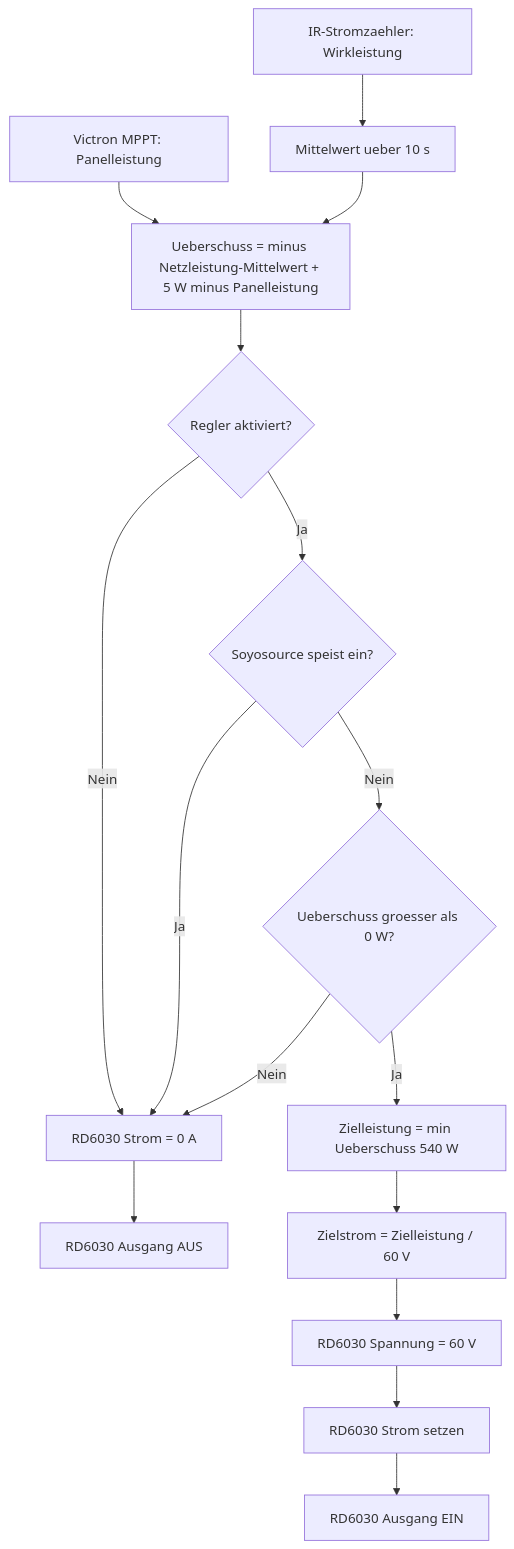
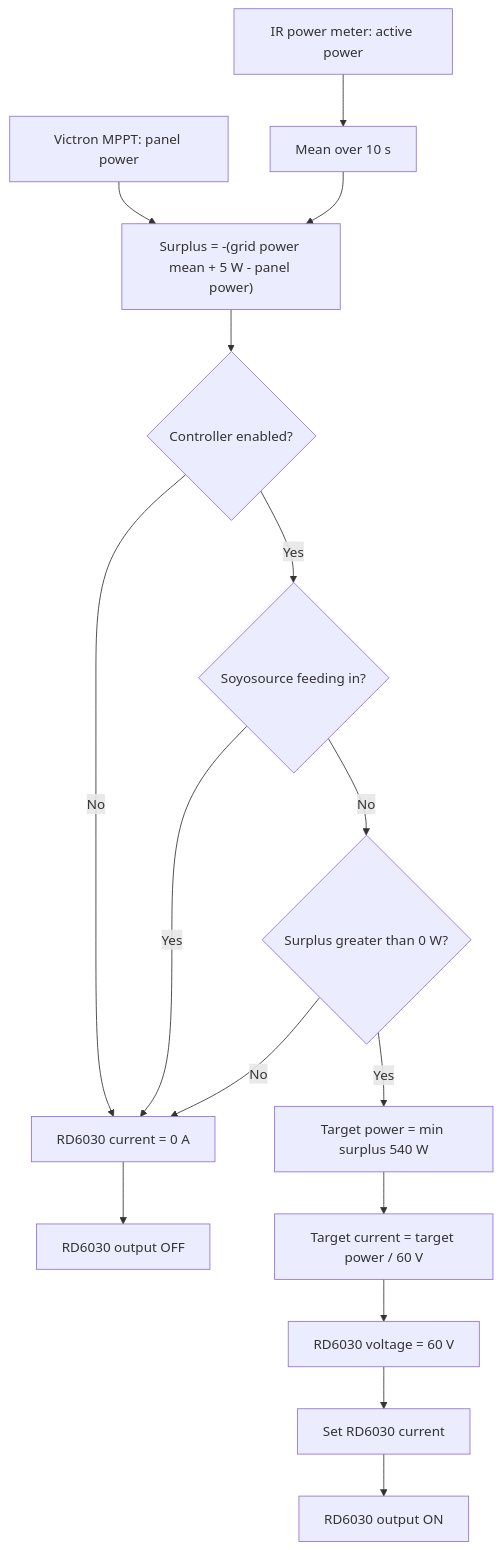
The diagram in homeassistant/README.md (simonsilie/home-automation), drawn with Mermaid before and after one commit. The commit also changed other lines of this file and 13 other files, not shown here.

````diff
--- a/homeassistant/README.md
+++ b/homeassistant/README.md
@@ -20,21 +28,21 @@
 ```mermaid
 flowchart TD
-  A[IR-Stromzaehler: Wirkleistung] --> B[Mittelwert ueber 10 s]
-  V[Victron MPPT: Panelleistung] --> C
-  B --> C[Ueberschuss = minus Netzleistung-Mittelwert + 5 W minus Panelleistung]
-  C --> D{Regler aktiviert?}
-  D -- Nein --> E[RD6030 Strom = 0 A]
-  E --> F[RD6030 Ausgang AUS]
+  A[IR power meter: active power] --> B[Mean over 10 s]
+  V[Victron MPPT: panel power] --> C
+  B --> C["Surplus = -(grid power mean + 5 W - panel power)"]
+  C --> D{Controller enabled?}
+  D -- No --> E[RD6030 current = 0 A]
+  E --> F[RD6030 output OFF]
 
-  D -- Ja --> G{Soyosource speist ein?}
-  G -- Ja --> E
+  D -- Yes --> G{Soyosource feeding in?}
+  G -- Yes --> E
 
-  G -- Nein --> H{Ueberschuss groesser als 0 W?}
-  H -- Nein --> E
+  G -- No --> H{Surplus greater than 0 W?}
+  H -- No --> E
 
-  H -- Ja --> I[Zielleistung = min Ueberschuss 540 W]
-  I --> J[Zielstrom = Zielleistung / 60 V]
-  J --> K[RD6030 Spannung = 60 V]
-  K --> L[RD6030 Strom setzen]
-  L --> M[RD6030 Ausgang EIN]
+  H -- Yes --> I[Target power = min surplus 540 W]
+  I --> J[Target current = target power / 60 V]
+  J --> K[RD6030 voltage = 60 V]
+  K --> L[Set RD6030 current]
+  L --> M[RD6030 output ON]
 ```
````
